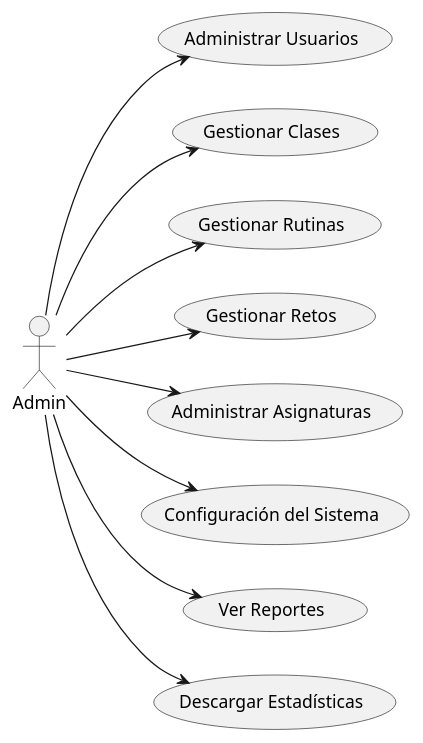
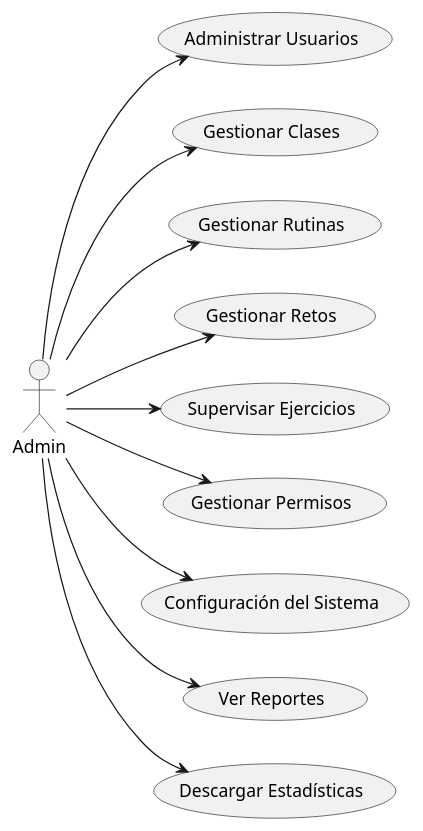
The diagram in Documentos/CasosUso/CdU_Admin.puml (mmasias/24-25-IdSw1-SDR), drawn with PlantUML before and after one commit.

Commit message:
Eliminar asignaturas, añadir ejercicios

```diff
--- a/Documentos/CasosUso/CdU_Admin.puml
+++ b/Documentos/CasosUso/CdU_Admin.puml
@@ -1,23 +1,28 @@
 @startuml
 left to right direction
 
 actor Admin
 
 usecase "Administrar Usuarios" as AdministrarUsuarios
 usecase "Gestionar Clases" as GestionarClases
 usecase "Gestionar Rutinas" as GestionarRutinas
 usecase "Gestionar Retos" as GestionarRetos
-usecase "Administrar Asignaturas" as AdministrarAsignaturas
+usecase "Supervisar Ejercicios" as SupervisarEjercicios
+
+usecase "Gestionar Permisos" as GestionarPermisos
 usecase "Configuración del Sistema" as ConfigurarSistema
 usecase "Ver Reportes" as VerReportes
 usecase "Descargar Estadísticas" as DescargarEstadisticas
+
 Admin --> AdministrarUsuarios
 Admin --> GestionarClases
 Admin --> GestionarRutinas
 Admin --> GestionarRetos
-Admin --> AdministrarAsignaturas
+
+Admin --> SupervisarEjercicios
+Admin --> GestionarPermisos
 Admin --> ConfigurarSistema
 Admin --> VerReportes
 Admin --> DescargarEstadisticas
 
 @enduml
```
